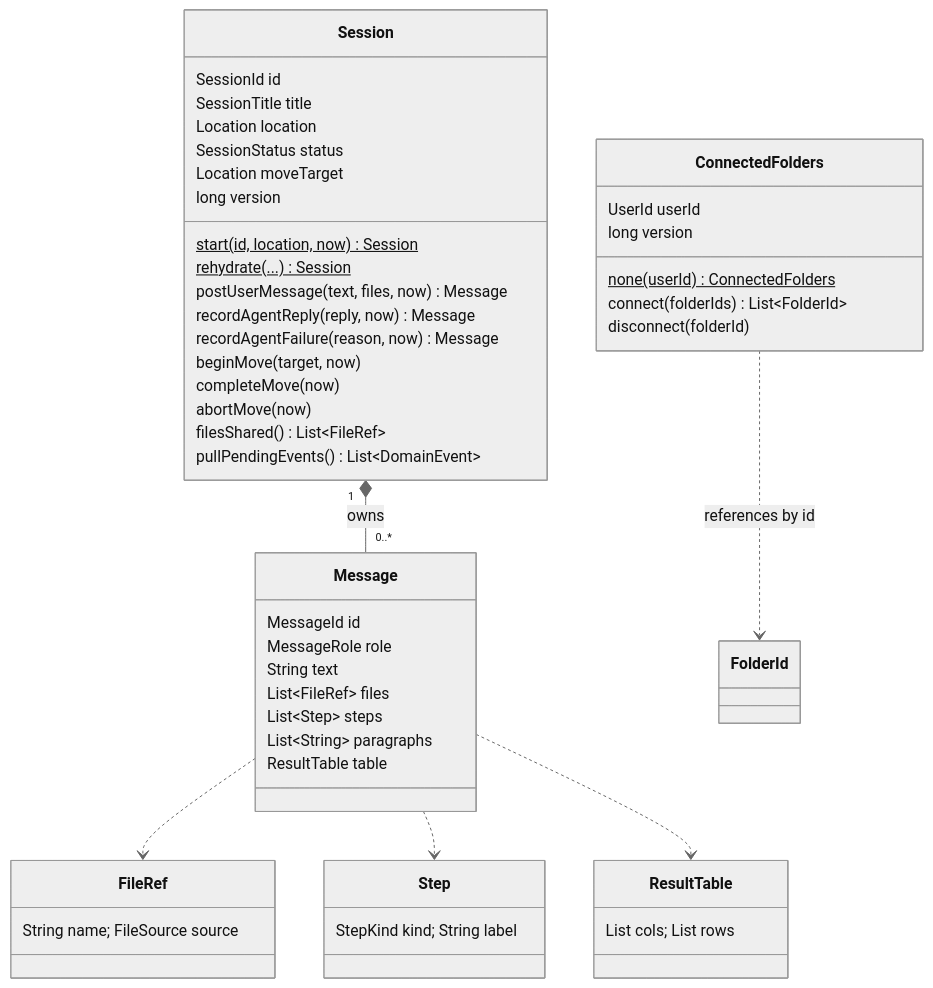
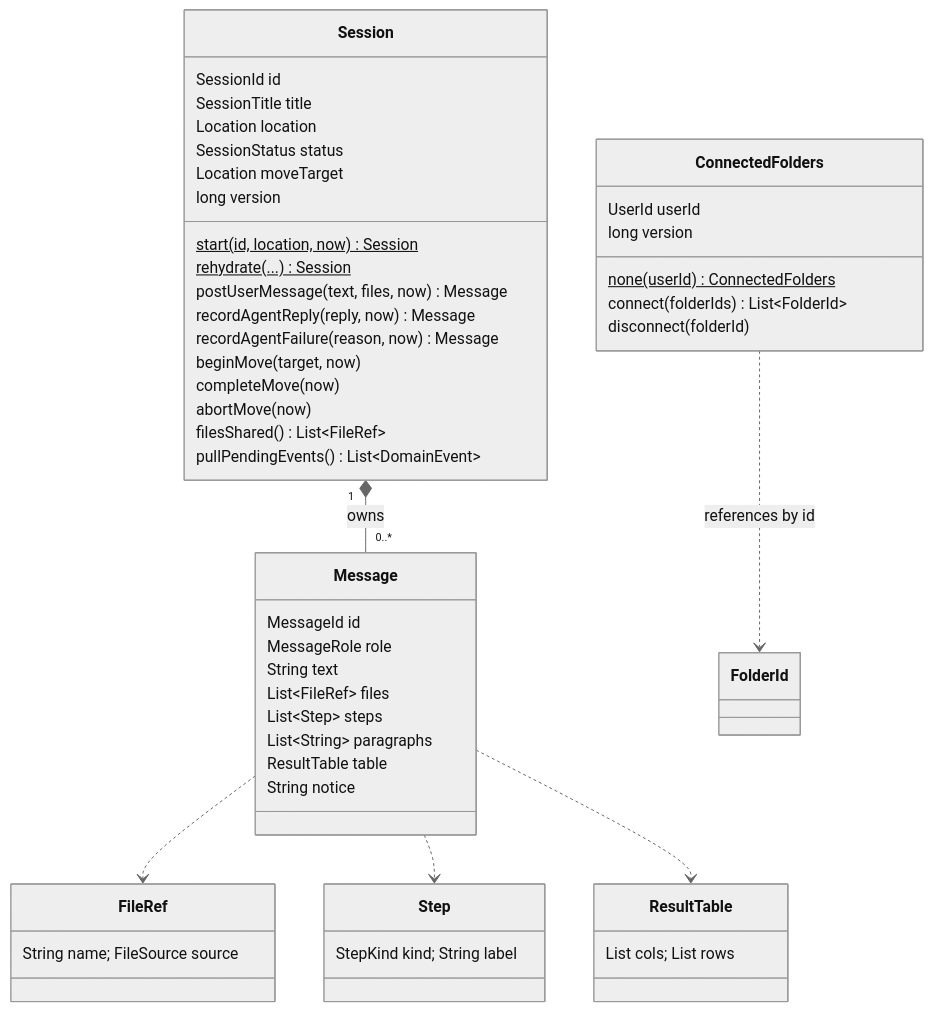
Before and after one commit to jeremyrdavis/moby-bank-harness: the first of 2 diagrams in moby-bank-quarkus/docs/domain-model.md, drawn with Mermaid (neutral theme). The commit also changed other lines of this file and 10 other files, not shown here.

````diff
--- a/moby-bank-quarkus/docs/domain-model.md
+++ b/moby-bank-quarkus/docs/domain-model.md
@@ -12,45 +12,46 @@
 ```mermaid
 classDiagram
     class Session {
         SessionId id
         SessionTitle title
         Location location
         SessionStatus status
         Location moveTarget
         long version
         start(id, location, now)$ Session
         rehydrate(...)$ Session
         postUserMessage(text, files, now) Message
         recordAgentReply(reply, now) Message
         recordAgentFailure(reason, now) Message
         beginMove(target, now)
         completeMove(now)
         abortMove(now)
         filesShared() List~FileRef~
         pullPendingEvents() List~DomainEvent~
     }
     class Message {
         MessageId id
         MessageRole role
         String text
         List~FileRef~ files
         List~Step~ steps
         List~String~ paragraphs
         ResultTable table
+        String notice
     }
     class ConnectedFolders {
         UserId userId
         long version
         none(userId)$ ConnectedFolders
         connect(folderIds) List~FolderId~
         disconnect(folderId)
     }
     class FileRef { String name; FileSource source }
     class Step { StepKind kind; String label }
     class ResultTable { List cols; List rows }
     Session "1" *-- "0..*" Message : owns
     Message ..> FileRef
     Message ..> Step
     Message ..> ResultTable
     ConnectedFolders ..> FolderId : references by id
 ```
````
